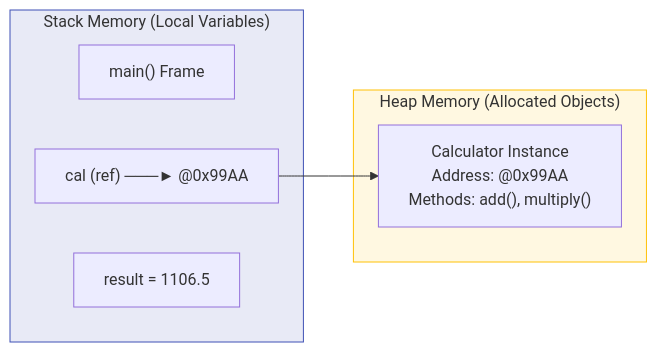
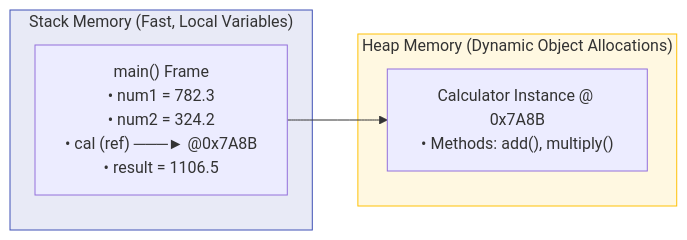
The third of 5 diagrams in src/oop/README.md (Mokshagnatej/Java-course), drawn with Mermaid before and after one commit. The commit also changed other lines of this file and 15 other files, not shown here.

````diff
--- a/src/oop/README.md
+++ b/src/oop/README.md
@@ -38,15 +91,13 @@
 ```mermaid
 flowchart LR
-    subgraph STACK["Stack Memory (Local Variables)"]
-        A["main() Frame"]
-        B["cal (ref) ───► @0x99AA"]
-        C["result = 1106.5"]
+    subgraph STACK["Stack Memory (Fast, Local Variables)"]
+        A["main() Frame\n• num1 = 782.3\n• num2 = 324.2\n• cal (ref) ───► @0x7A8B\n• result = 1106.5"]
     end
-    subgraph HEAP["Heap Memory (Allocated Objects)"]
-        D["Calculator Instance\nAddress: @0x99AA\nMethods: add(), multiply()"]
+    subgraph HEAP["Heap Memory (Dynamic Object Allocations)"]
+        D["Calculator Instance @ 0x7A8B\n• Methods: add(), multiply()"]
     end
-    B --> D
+    A --> D
 
     style STACK fill:#E8EAF6,stroke:#3F51B5
     style HEAP fill:#FFF8E1,stroke:#FFC107
 ```
````
